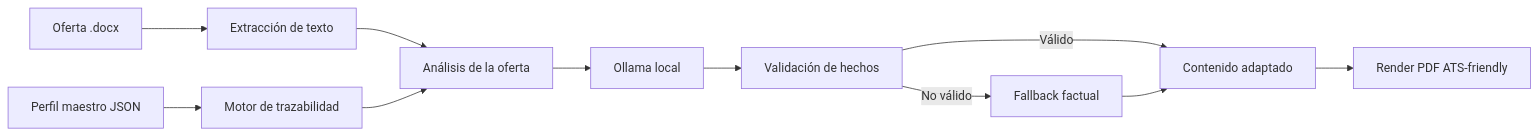
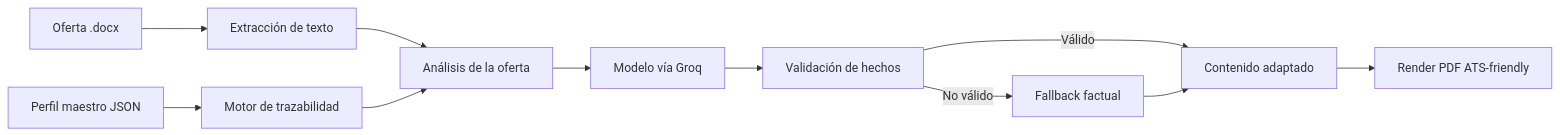
The diagram in README.md (anderson-sarmiento-briceno/constructor-CV), drawn with Mermaid before and after one commit. The commit also changed other lines of this file and 9 other files, not shown here.

````diff
--- a/README.md
+++ b/README.md
@@ -32,13 +32,13 @@
 ```mermaid
 flowchart LR
 	A[Oferta .docx] --> B[Extracción de texto]
 	C[Perfil maestro JSON] --> D[Motor de trazabilidad]
 	B --> E[Análisis de la oferta]
 	D --> E
-	E --> F[Ollama local]
+	E --> F[Modelo vía Groq]
 	F --> G[Validación de hechos]
 	G -->|Válido| H[Contenido adaptado]
 	G -->|No válido| I[Fallback factual]
 	I --> H
 	H --> J[Render PDF ATS-friendly]
 ```
````
